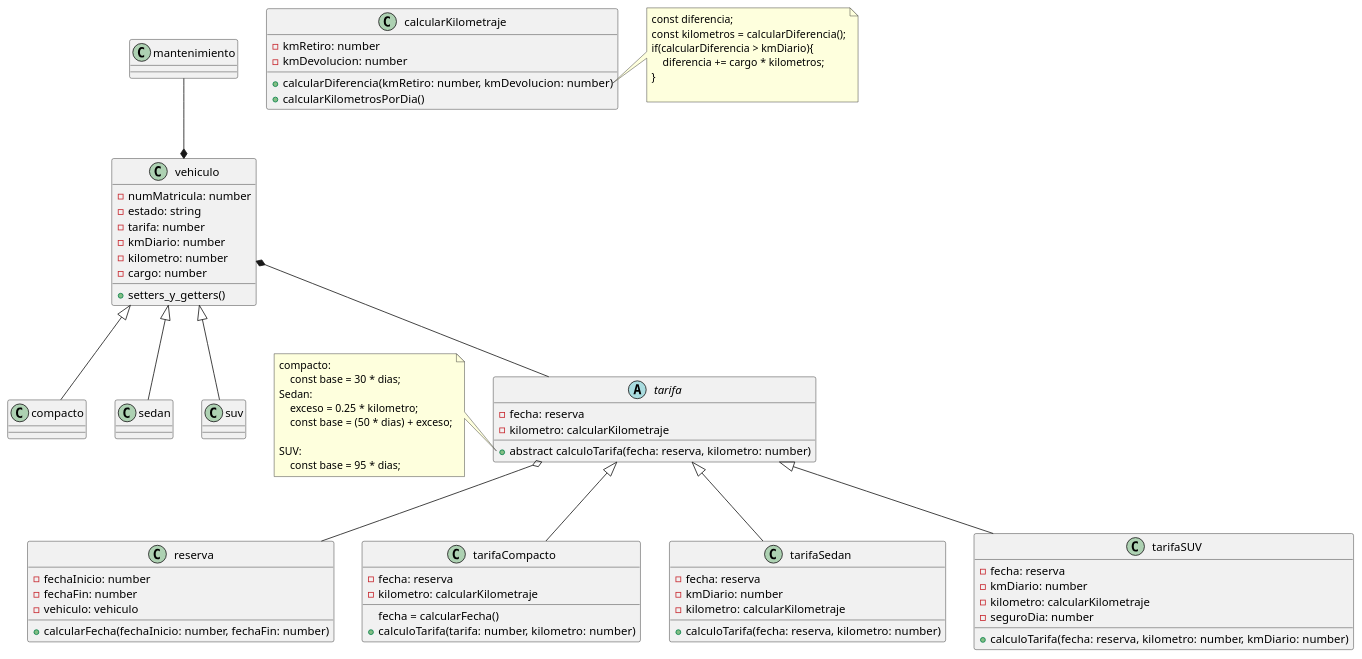
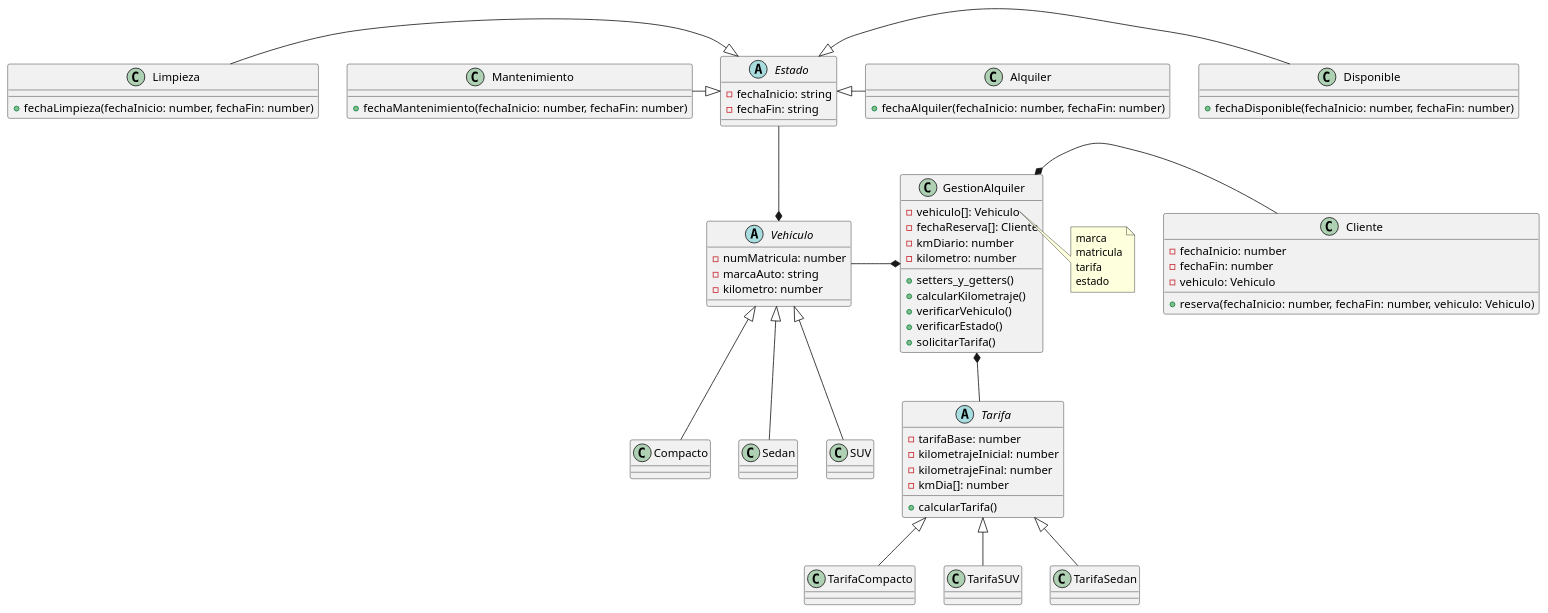
Before and after one commit to Nash-Blip/Programaci-n-II: the diagram in Diagrama_de_clases.puml, drawn with PlantUML.

Commit message:
Diagrama_de_clases.puml
Modificaciones de la clase 04/09

```diff
--- a/Diagrama_de_clases.puml
+++ b/Diagrama_de_clases.puml
@@ -1,93 +1,103 @@
 @startuml practico
 
-class vehiculo{
-    - numMatricula: number
-    - estado: string
-    - tarifa: number
+class GestionAlquiler{
+    - vehiculo[]: Vehiculo
+    - fechaReserva[]: Cliente
     - kmDiario: number
     - kilometro: number
-    - cargo: number
     + setters_y_getters()
+    + calcularKilometraje()
+    + verificarVehiculo()
+    + verificarEstado()
+    + solicitarTarifa()
 }
 
-class calcularKilometraje{
-    - kmRetiro: number
-    - kmDevolucion: number
-    + calcularDiferencia(kmRetiro: number, kmDevolucion: number)
-    + calcularKilometrosPorDia()
+abstract class Estado{
+    - fechaInicio: string
+    - fechaFin: string
 }
 
-class mantenimiento{
+class Mantenimiento{
+    + fechaMantenimiento(fechaInicio: number, fechaFin: number)
+}
+
+class Limpieza{
+    + fechaLimpieza(fechaInicio: number, fechaFin: number)
+}
+class Alquiler{
+    + fechaAlquiler(fechaInicio: number, fechaFin: number)
+}
+
+class Disponible{ 
+    + fechaDisponible(fechaInicio: number, fechaFin: number)
+}
+
+class Cliente{
+    - fechaInicio: number
+    - fechaFin: number
+    - vehiculo: Vehiculo
+    + reserva(fechaInicio: number, fechaFin: number, vehiculo: Vehiculo)
+}
+
+abstract class Vehiculo{
+    - numMatricula: number
+    - marcaAuto: string
+    - kilometro: number
+}
+
+class Compacto extends Vehiculo{
 
 }
 
-class reserva{
-    - fechaInicio: number
-    - fechaFin: number
-    - vehiculo: vehiculo
-    + calcularFecha(fechaInicio: number, fechaFin: number)
+class Sedan extends Vehiculo{
+
 }
 
-abstract class tarifa{
-    - fecha: reserva
-    - kilometro: calcularKilometraje
-    + abstract calculoTarifa(fecha: reserva, kilometro: number)
-}
-class tarifaCompacto extends tarifa{
-    - fecha: reserva
-    - kilometro: calcularKilometraje
-    fecha = calcularFecha()
-    + calculoTarifa(tarifa: number, kilometro: number)
-}
-class tarifaSedan extends tarifa{
-    - fecha: reserva
-    - kmDiario: number
-    - kilometro: calcularKilometraje
-    + calculoTarifa(fecha: reserva, kilometro: number)
-}
-class tarifaSUV extends tarifa{
-    - fecha: reserva
-    - kmDiario: number
-    - kilometro: calcularKilometraje
-    - seguroDia: number
-    + calculoTarifa(fecha: reserva, kilometro: number, kmDiario: number)
+class SUV extends Vehiculo{
+
 }
 
-
-class compacto extends vehiculo{
-    'tarifa 30 al dia
+abstract class Tarifa{
+    - tarifaBase: number
+    - kilometrajeInicial: number
+    - kilometrajeFinal: number
+    - kmDia[]: number
+    + calcularTarifa()
 }
 
-class sedan extends vehiculo{
-    'tarifa 50 al dia
+class TarifaCompacto extends Tarifa{
+
 }
-    
+class TarifaSUV extends Tarifa{
 
-class suv extends vehiculo{
-    'tarifa 80 al dia
+}
+class TarifaSedan extends Tarifa{
+
 }
 
-vehiculo *-u- mantenimiento
-vehiculo *-d- tarifa
-tarifa o-d- reserva
+Vehiculo *-u- Estado
+GestionAlquiler *-r- Cliente
+GestionAlquiler *-l- Vehiculo
+GestionAlquiler *-d- Tarifa
+Estado <|-l- Mantenimiento
+Estado <|-l- Limpieza
+Estado <|-r- Disponible
+Estado <|-r- Alquiler
 
-note right of calcularKilometraje::calcularDiferencia
-    const diferencia;
-    const kilometros =  calcularDiferencia();
-    if(calcularDiferencia > kmDiario){
-        diferencia += cargo * kilometros;
-    }
-
-end note
-
-note left of tarifa::calculoTarifa
+note left of Vehiculo::calculoTarifa
 compacto:
     const base = 30 * dias;
 Sedan:
     exceso = 0.25 * kilometro;
     const base = (50 * dias) + exceso;
     
 SUV:
     const base = 95 * dias;
 end note
+note right of GestionAlquiler::vehiculo[]
+    marca
+    matricula
+    tarifa
+    estado
+end note
 @enduml
```
